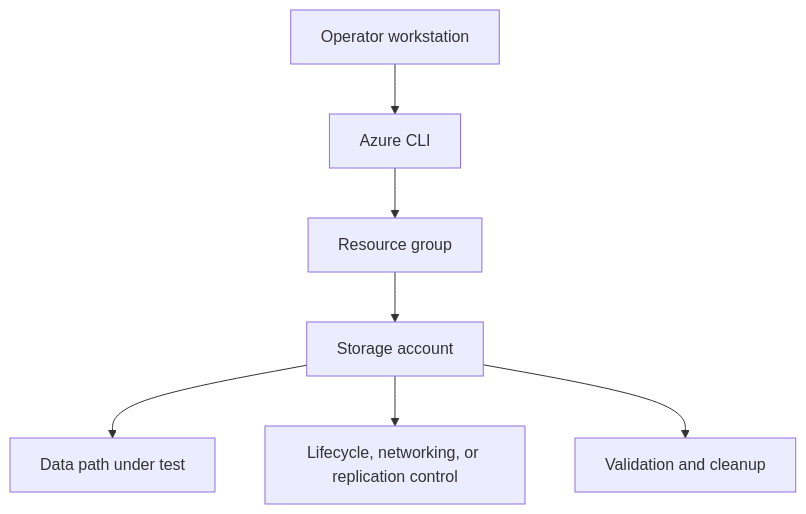
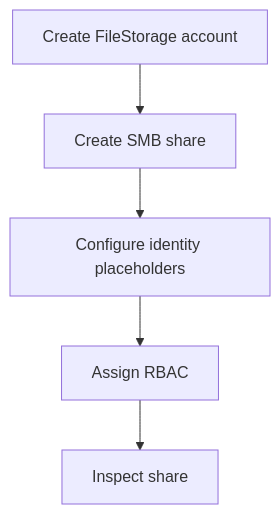
One commit to yeongseon/azure-storage-practical-guide changed the diagram in docs/tutorials/lab-guides/lab-03-azure-file-share-ad-integration.md. Above: the diagram before and after it, drawn with Mermaid. The commit also changed other lines of this file and 90 other files, not shown here.

````diff
--- a/docs/tutorials/lab-guides/lab-03-azure-file-share-ad-integration.md
+++ b/docs/tutorials/lab-guides/lab-03-azure-file-share-ad-integration.md
@@ -25,9 +41,12 @@
 ```mermaid
 flowchart TD
-    A[Operator workstation] --> B[Azure CLI]
-    B --> C[Resource group]
-    C --> D[Storage account]
-    D --> E[Data path under test]
-    D --> F[Lifecycle, networking, or replication control]
-    D --> G[Validation and cleanup]
+    A[Create FileStorage account]
+    B[Create SMB share]
+    A --> B
+    C[Configure identity placeholders]
+    B --> C
+    D[Assign RBAC]
+    C --> D
+    E[Inspect share]
+    D --> E
 ```
````
